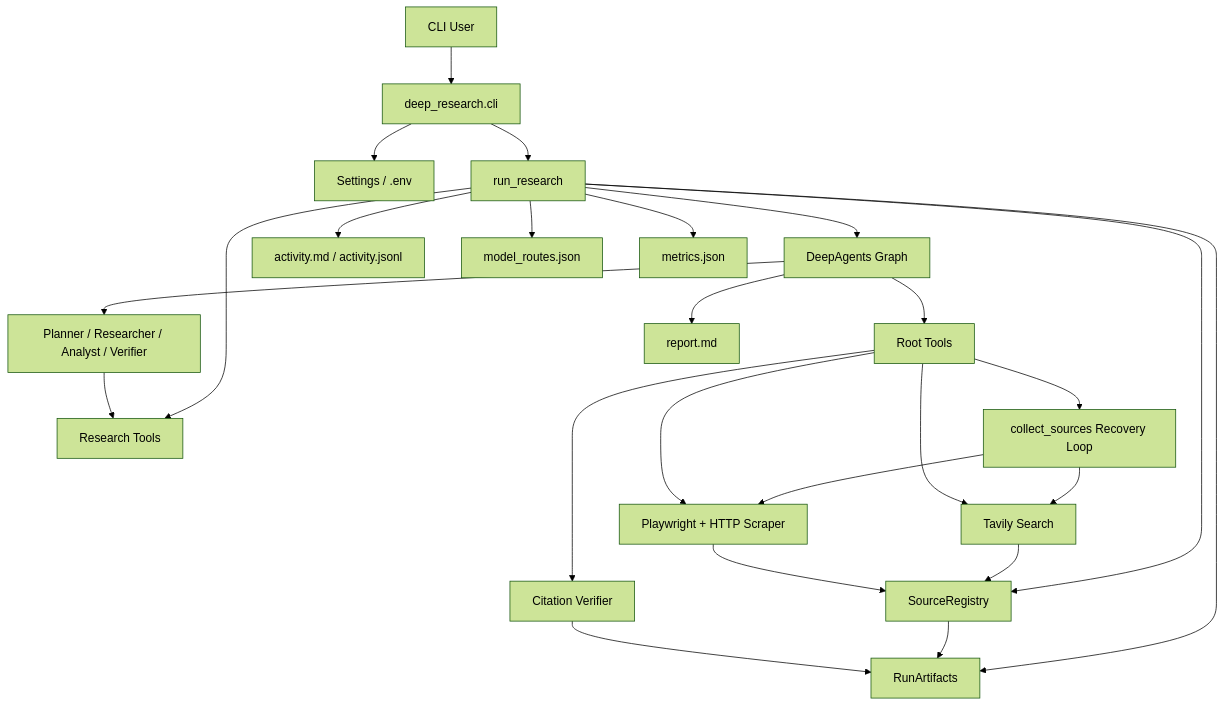
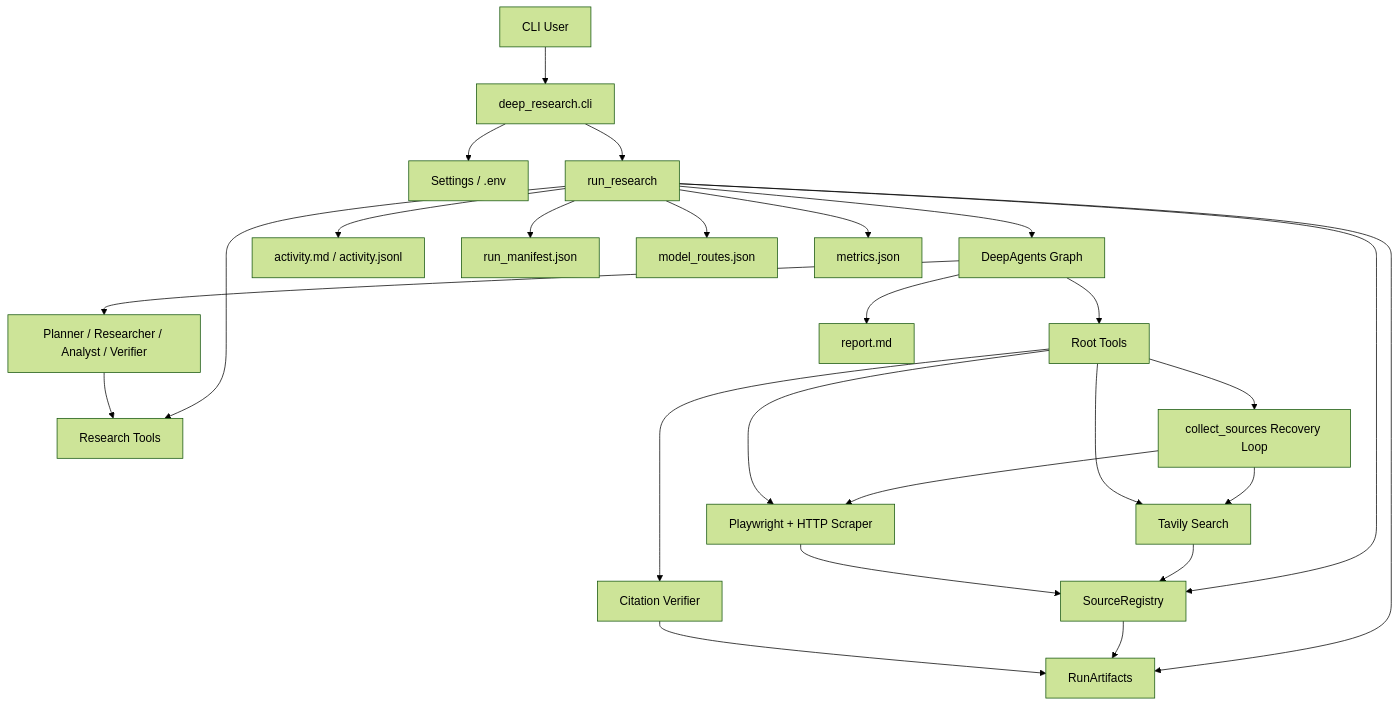
One commit to THCO-Labs/deep-research-agent changed the first of 2 diagrams in ARCHITECTURE.md. Above: the diagram before and after it, drawn with Mermaid (forest theme). The commit also changed other lines of this file and 33 other files, not shown here.

````diff
--- a/ARCHITECTURE.md
+++ b/ARCHITECTURE.md
@@ -19,27 +20,28 @@
 ```mermaid
 flowchart TD
     User["CLI User"] --> CLI["deep_research.cli"]
     CLI --> Settings["Settings / .env"]
     CLI --> Runner["run_research"]
     Runner --> Artifacts["RunArtifacts"]
     Runner --> Registry["SourceRegistry"]
     Runner --> Tools["Research Tools"]
     Runner --> Agent["DeepAgents Graph"]
     Agent --> RootTools["Root Tools"]
     Agent --> Subagents["Planner / Researcher / Analyst / Verifier"]
     RootTools --> Collector["collect_sources Recovery Loop"]
     Collector --> Tavily["Tavily Search"]
     Collector --> Scraper["Playwright + HTTP Scraper"]
     RootTools --> Tavily["Tavily Search"]
     RootTools --> Scraper["Playwright + HTTP Scraper"]
     RootTools --> Verifier["Citation Verifier"]
     Subagents --> Tools
     Tavily --> Registry
     Scraper --> Registry
     Registry --> Artifacts
     Verifier --> Artifacts
     Agent --> Report["report.md"]
     Runner --> Activity["activity.md / activity.jsonl"]
+    Runner --> Manifest["run_manifest.json"]
     Runner --> Routes["model_routes.json"]
     Runner --> Metrics["metrics.json"]
 ```
````
